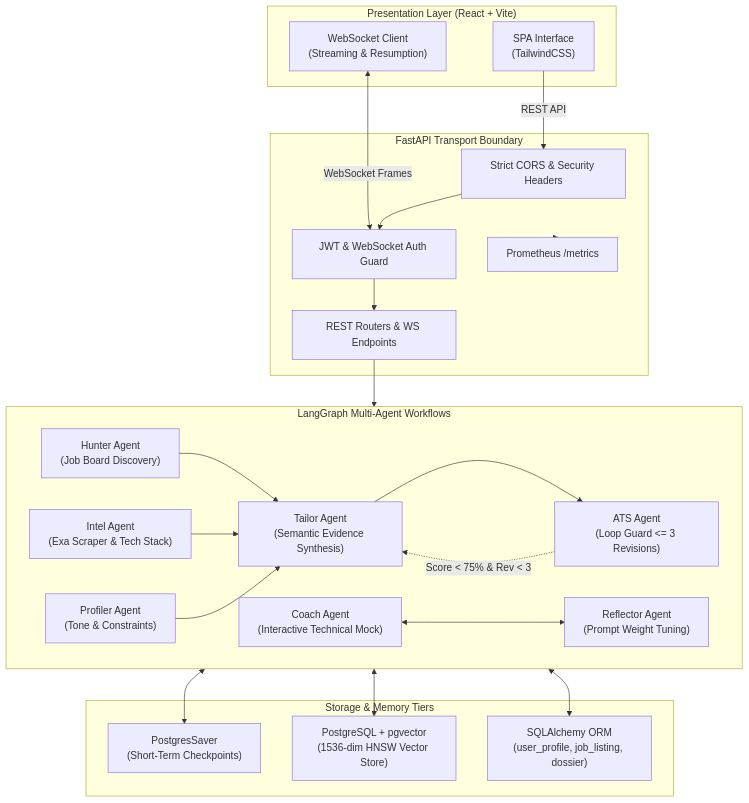
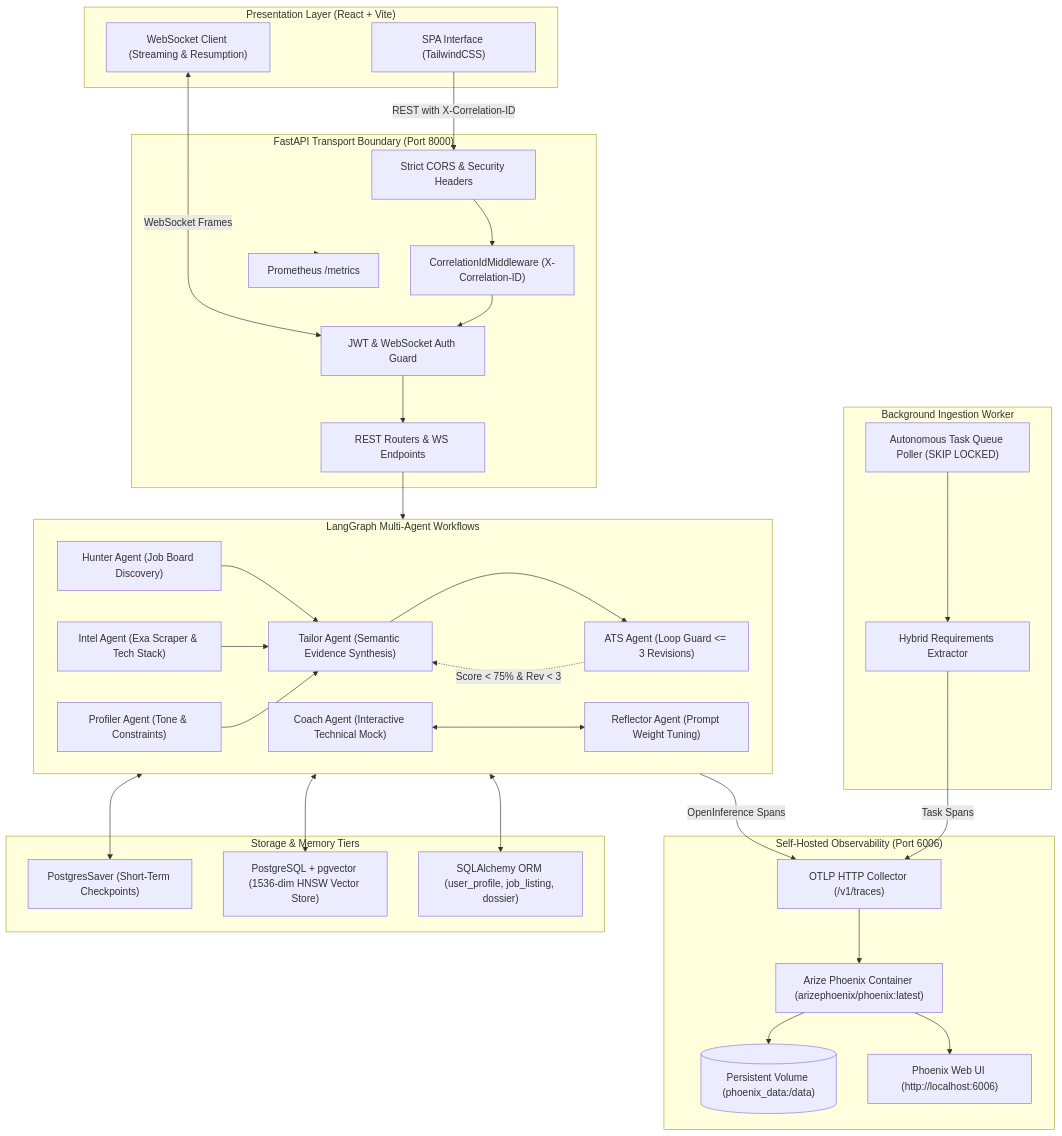
One commit to bibhashkar/Career-OS changed the first of 2 diagrams in README.md. Above: the diagram before and after it, drawn with Mermaid. The commit also changed other lines of this file and 2 other files, not shown here.

First line of the commit message:
docs: update readme with startup guides, db tracing, and observability runbooks

````diff
--- a/README.md
+++ b/README.md
@@ -11,41 +11,58 @@
 ```mermaid
 flowchart TD
     subgraph Frontend["Presentation Layer (React + Vite)"]
-        UI["SPA Interface<br/>(TailwindCSS)"]
-        WSClient["WebSocket Client<br/>(Streaming & Resumption)"]
+        UI["SPA Interface (TailwindCSS)"]
+        WSClient["WebSocket Client (Streaming & Resumption)"]
     end
 
-    subgraph API["FastAPI Transport Boundary"]
+    subgraph API["FastAPI Transport Boundary (Port 8000)"]
         CORS["Strict CORS & Security Headers"]
         Auth["JWT & WebSocket Auth Guard"]
         Router["REST Routers & WS Endpoints"]
+        CID["CorrelationIdMiddleware (X-Correlation-ID)"]
         Metrics["Prometheus /metrics"]
     end
 
+    subgraph Observability["Self-Hosted Observability (Port 6006)"]
+        PHX["Arize Phoenix Container (arizephoenix/phoenix:latest)"]
+        VOL[("Persistent Volume (phoenix_data:/data)")]
+        UI_PHX["Phoenix Web UI (http://localhost:6006)"]
+        OTLP["OTLP HTTP Collector (/v1/traces)"]
+    end
+
     subgraph Agents["LangGraph Multi-Agent Workflows"]
-        Hunter["Hunter Agent<br/>(Job Board Discovery)"]
-        Intel["Intel Agent<br/>(Exa Scraper & Tech Stack)"]
-        Profiler["Profiler Agent<br/>(Tone & Constraints)"]
-        Tailor["Tailor Agent<br/>(Semantic Evidence Synthesis)"]
-        ATS["ATS Agent<br/>(Loop Guard <= 3 Revisions)"]
-        Coach["Coach Agent<br/>(Interactive Technical Mock)"]
-        Reflector["Reflector Agent<br/>(Prompt Weight Tuning)"]
+        Hunter["Hunter Agent (Job Board Discovery)"]
+        Intel["Intel Agent (Exa Scraper & Tech Stack)"]
+        Profiler["Profiler Agent (Tone & Constraints)"]
+        Tailor["Tailor Agent (Semantic Evidence Synthesis)"]
+        ATS["ATS Agent (Loop Guard <= 3 Revisions)"]
+        Coach["Coach Agent (Interactive Technical Mock)"]
+        Reflector["Reflector Agent (Prompt Weight Tuning)"]
+    end
+
+    subgraph Worker["Background Ingestion Worker"]
+        WRK["Autonomous Task Queue Poller (SKIP LOCKED)"]
+        EXT["Hybrid Requirements Extractor"]
     end
 
     subgraph Persistence["Storage & Memory Tiers"]
-        PGSaver["PostgresSaver<br/>(Short-Term Checkpoints)"]
-        PGVector["PostgreSQL + pgvector<br/>(1536-dim HNSW Vector Store)"]
-        Relational["SQLAlchemy ORM<br/>(user_profile, job_listing, dossier)"]
+        PGSaver["PostgresSaver (Short-Term Checkpoints)"]
+        PGVector["PostgreSQL + pgvector (1536-dim HNSW Vector Store)"]
+        Relational["SQLAlchemy ORM (user_profile, job_listing, dossier)"]
     end
 
-    UI -->|REST API| CORS --> Auth --> Router
+    UI -->|REST with X-Correlation-ID| CORS --> CID --> Auth --> Router
     WSClient <-->|WebSocket Frames| Auth
     Router --> Agents
     Hunter & Intel & Profiler --> Tailor --> ATS
     ATS -.->|Score < 75% & Rev < 3| Tailor
     Coach <--> Reflector
     Agents <--> PGSaver
     Agents <--> PGVector
     Agents <--> Relational
+    Agents -->|OpenInference Spans| OTLP
+    WRK --> EXT -->|Task Spans| OTLP
+    OTLP --> PHX --> VOL
+    PHX --> UI_PHX
     API --> Metrics
 ```
````
